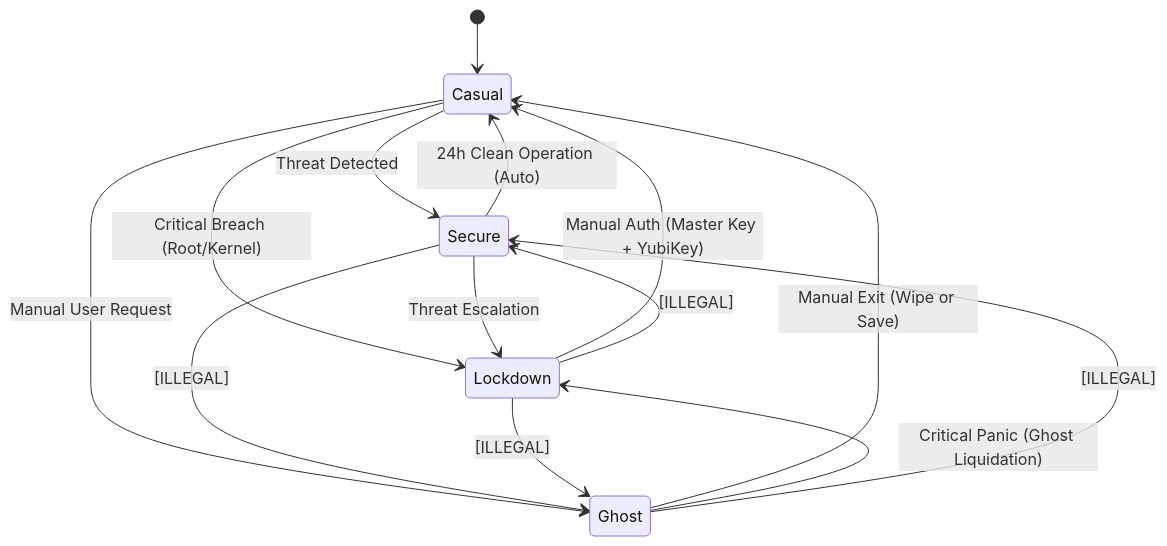
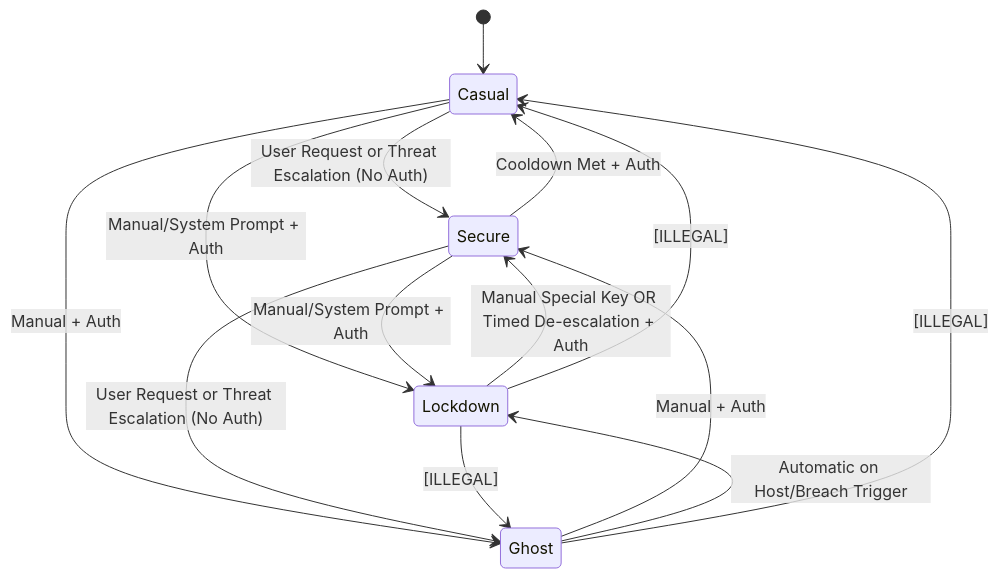
One commit to NRSyndie/reaper-operating-system changed the diagram in docs/components/modes/mode_state_machine.md. Above: the diagram before and after it, drawn with Mermaid. The commit also changed other lines of this file and 21 other files, not shown here.

````diff
--- a/docs/components/modes/mode_state_machine.md
+++ b/docs/components/modes/mode_state_machine.md
@@ -14,26 +19,21 @@
 ```mermaid
 stateDiagram-v2
     [*] --> Casual
-    
-    %% Standard Defense Cycle
-    Casual --> Secure: Threat Detected
-    Secure --> Casual: 24h Clean Operation (Auto)
-    
-    %% Critical Defense Cycle
-    Casual --> Lockdown: Critical Breach (Root/Kernel)
-    Secure --> Lockdown: Threat Escalation
-    Lockdown --> Casual: Manual Auth (Master Key + YubiKey)
-    
-    %% The Ghost Cycle
-    Casual --> Ghost: Manual User Request
-    Ghost --> Casual: Manual Exit (Wipe or Save)
-    
-    %% Emergency Aborts
-    Ghost --> Lockdown: Critical Panic (Ghost Liquidation)
-    
-    %% Forbidden Paths (Explicit)
-    Ghost --> Secure: [ILLEGAL]
-    Secure --> Ghost: [ILLEGAL]
+
+    Casual --> Secure: User Request or Threat Escalation (No Auth)
+    Casual --> Lockdown: Manual/System Prompt + Auth
+    Casual --> Ghost: Manual + Auth
+
+    Secure --> Casual: Cooldown Met + Auth
+    Secure --> Lockdown: Manual/System Prompt + Auth
+    Secure --> Ghost: User Request or Threat Escalation (No Auth)
+
+    Lockdown --> Secure: Manual Special Key OR Timed De-escalation + Auth
+
+    Ghost --> Secure: Manual + Auth
+    Ghost --> Lockdown: Automatic on Host/Breach Trigger
+
+    Ghost --> Casual: [ILLEGAL]
+    Lockdown --> Casual: [ILLEGAL]
     Lockdown --> Ghost: [ILLEGAL]
-    Lockdown --> Secure: [ILLEGAL]
 ```
````
